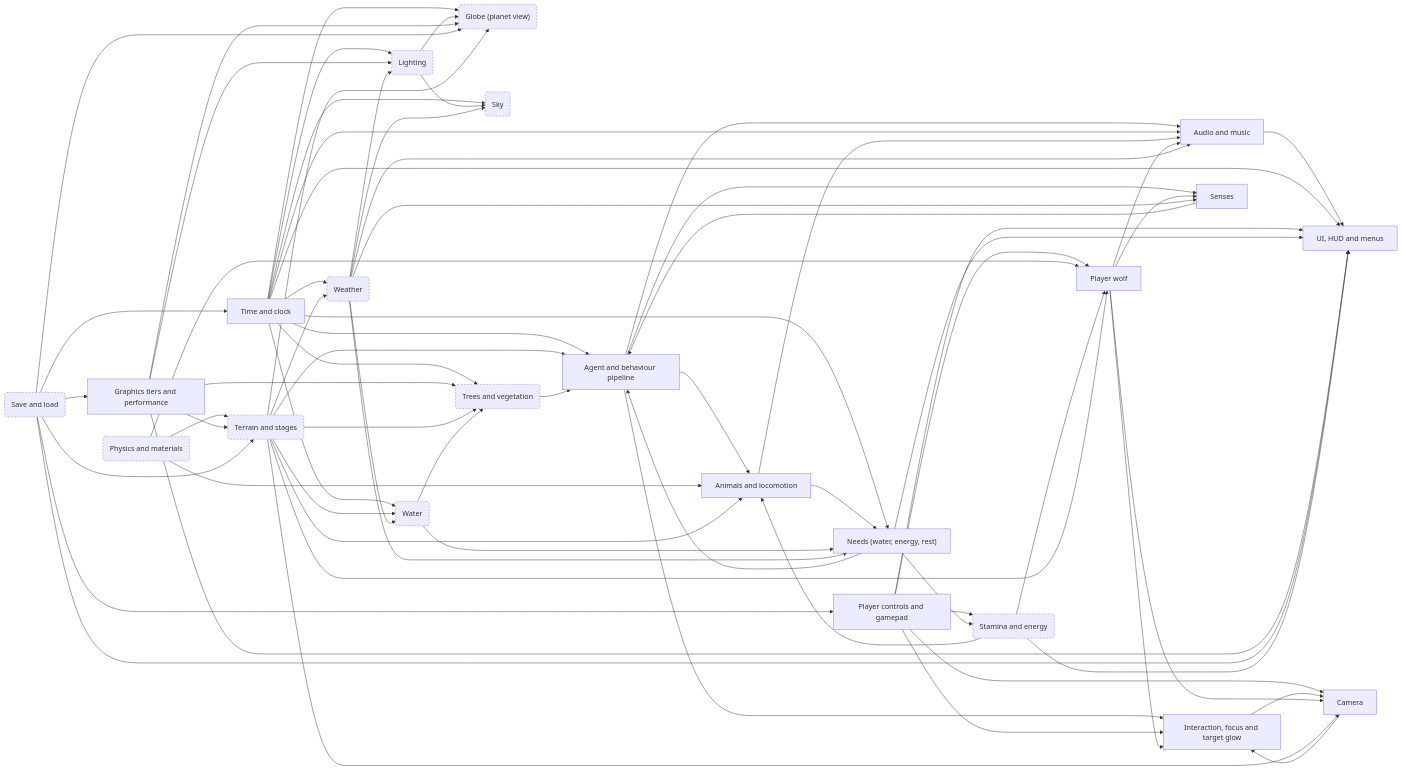
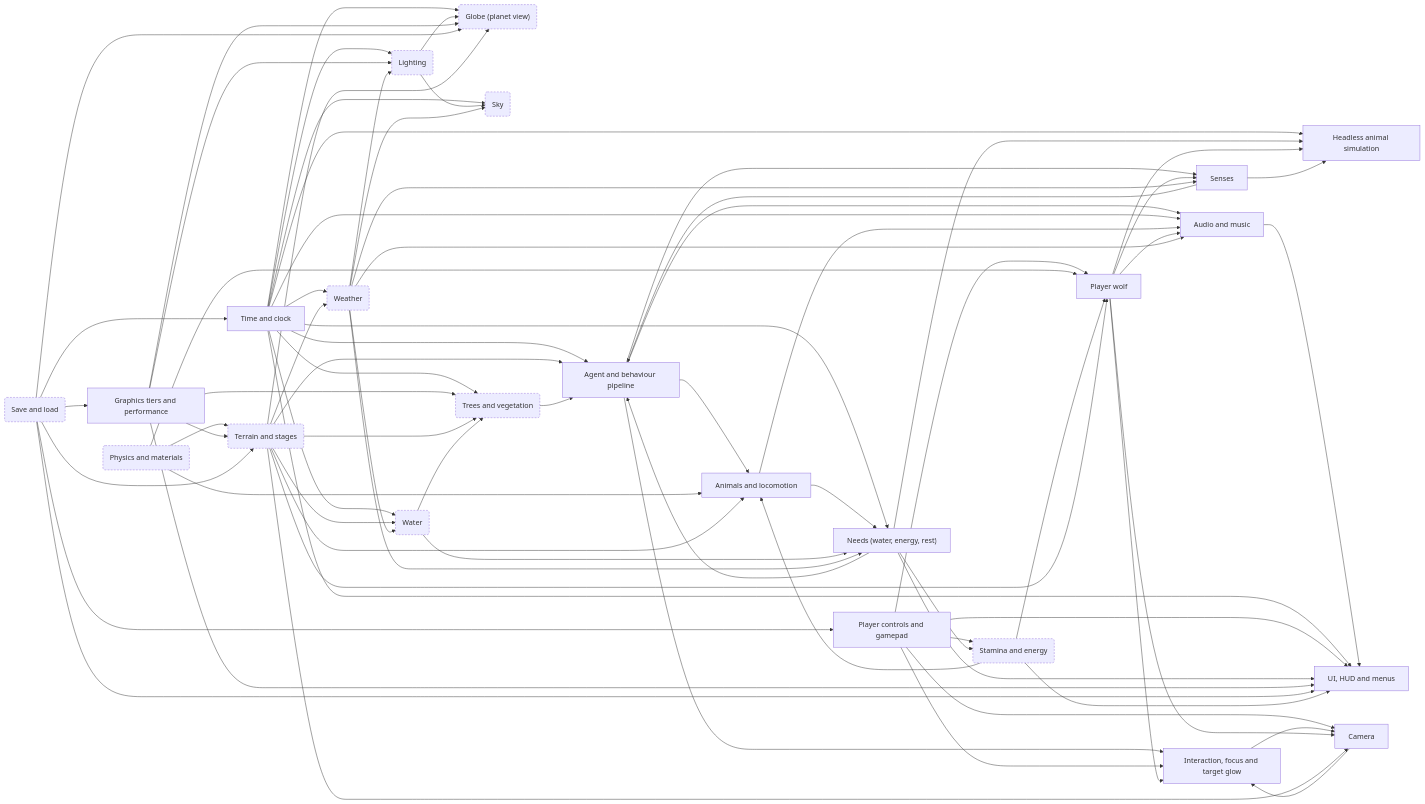
Before and after one commit to BannonBotBoss/boreal: the diagram in docs/system-map.md, drawn with Mermaid. The commit also changed other lines of this file and 17 other files, not shown here.

````diff
--- a/docs/system-map.md
+++ b/docs/system-map.md
@@ -10,5 +10,6 @@
 ```mermaid
 flowchart LR
+  animalSim["Headless animal simulation"]
   audio["Audio and music"]
   behaviour["Agent and behaviour pipeline"]
   camera["Camera"]
@@ -37,6 +38,7 @@
   behaviour --> locomotion
   behaviour --> senses
   camera --> interaction
+  clock --> animalSim
   clock --> audio
   clock --> behaviour
   clock --> globe
@@ -57,12 +59,14 @@
   lighting --> sky
   locomotion --> audio
   locomotion --> needs
+  needs --> animalSim
   needs --> behaviour
   needs --> stamina
   needs --> ui
   physics --> locomotion
   physics --> player
   physics --> terrain
+  player --> animalSim
   player --> audio
   player --> camera
   player --> interaction
@@ -78,6 +82,7 @@
   save --> quality
   save --> terrain
   save --> ui
+  senses --> animalSim
   senses --> behaviour
   stamina --> locomotion
   stamina --> player
````
